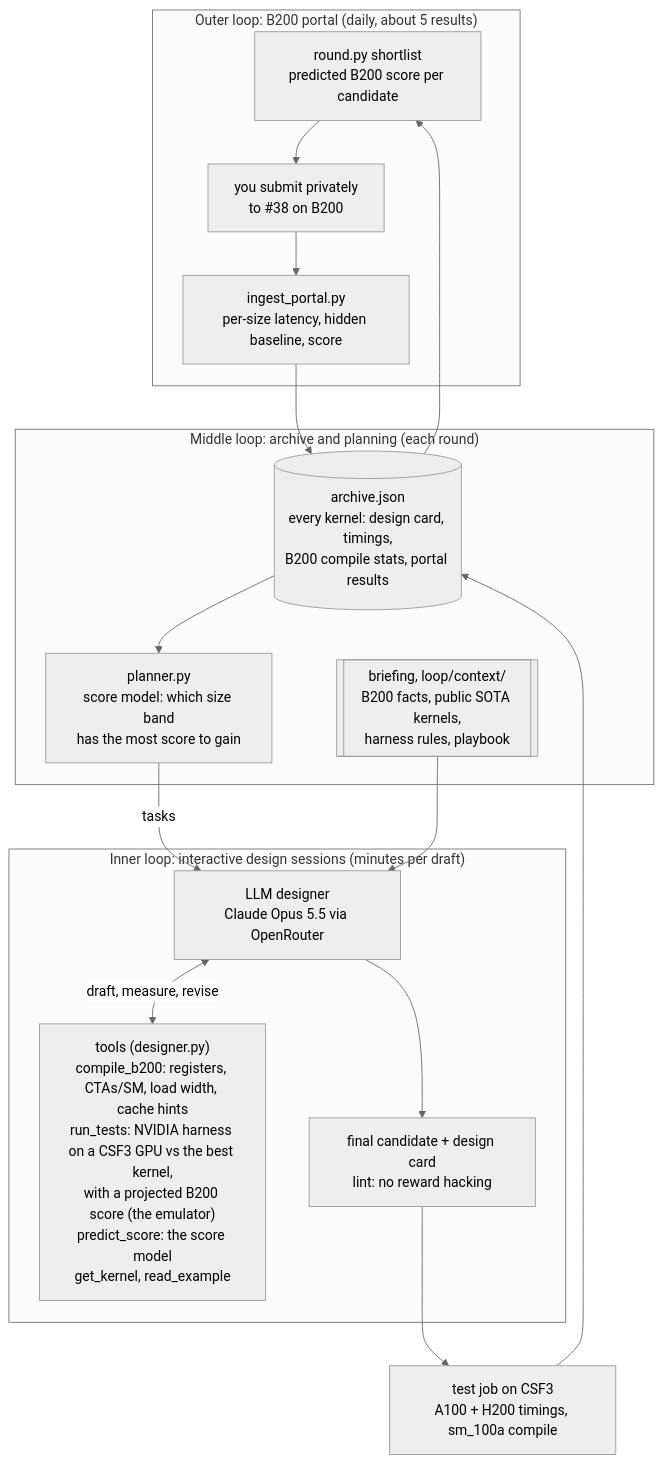
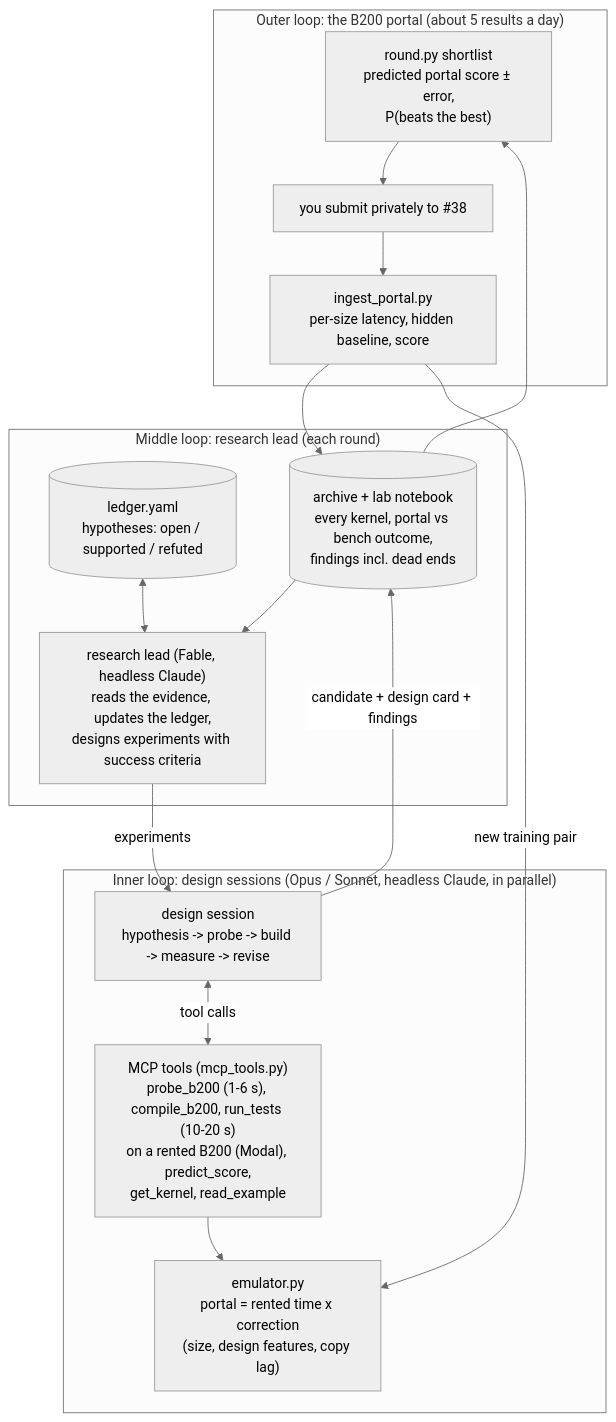
Before and after one commit to Hha21/execbench-test: the second of 2 diagrams in README.md, drawn with Mermaid (neutral theme). The commit also changed other lines of this file, not shown here.

First line of the commit message:
README: research lead, hypothesis ledger, headless Claude sessions, rented B200 and emulator

````diff
--- a/README.md
+++ b/README.md
@@ -39,28 +42,28 @@
 ```mermaid
 flowchart TB
-    subgraph outer["Outer loop: B200 portal (daily, about 5 results)"]
-        SL["round.py shortlist<br/>predicted B200 score per candidate"]
-        SUB["you submit privately<br/>to #38 on B200"]
+    subgraph outer["Outer loop: the B200 portal (about 5 results a day)"]
+        SL["round.py shortlist<br/>predicted portal score ± error,<br/>P(beats the best)"]
+        SUB["you submit privately to #38"]
         ING["ingest_portal.py<br/>per-size latency, hidden baseline, score"]
         SL --> SUB --> ING
     end
-    subgraph middle["Middle loop: archive and planning (each round)"]
-        ARC[("archive.json<br/>every kernel: design card, timings,<br/>B200 compile stats, portal results")]
-        PLAN["planner.py<br/>score model: which size band<br/>has the most score to gain"]
-        CTX[["briefing, loop/context/<br/>B200 facts, public SOTA kernels,<br/>harness rules, playbook"]]
-        ARC --> PLAN
+    subgraph middle["Middle loop: research lead (each round)"]
+        LEAD["research lead (Fable, headless Claude)<br/>reads the evidence, updates the ledger,<br/>designs experiments with success criteria"]
+        LEDGER[("ledger.yaml<br/>hypotheses: open / supported / refuted")]
+        EVID[("archive + lab notebook<br/>every kernel, portal vs bench outcome,<br/>findings incl. dead ends")]
+        EVID --> LEAD
+        LEDGER <--> LEAD
     end
-    subgraph inner["Inner loop: interactive design sessions (minutes per draft)"]
-        LLM["LLM designer<br/>Claude Opus 5.5 via OpenRouter"]
-        TOOLS["tools (designer.py)<br/>compile_b200: registers, CTAs/SM, load width, cache hints<br/>run_tests: NVIDIA harness on a CSF3 GPU vs the best kernel,<br/>with a projected B200 score (the emulator)<br/>predict_score: the score model<br/>get_kernel, read_example"]
-        FIN["final candidate + design card<br/>lint: no reward hacking"]
-        LLM <-->|"draft, measure, revise"| TOOLS
-        LLM --> FIN
+    subgraph inner["Inner loop: design sessions (Opus / Sonnet, headless Claude, in parallel)"]
+        SESS["design session<br/>hypothesis -> probe -> build -> measure -> revise"]
+        TOOLS["MCP tools (mcp_tools.py)<br/>probe_b200 (1-6 s), compile_b200, run_tests (10-20 s)<br/>on a rented B200 (Modal), predict_score,<br/>get_kernel, read_example"]
+        EMU["emulator.py<br/>portal = rented time x correction<br/>(size, design features, copy lag)"]
+        SESS <-->|"tool calls"| TOOLS
+        TOOLS --> EMU
     end
-    TEST["test job on CSF3<br/>A100 + H200 timings, sm_100a compile"]
-    PLAN -->|"tasks"| LLM
-    CTX --> LLM
-    FIN --> TEST --> ARC
-    ARC --> SL
-    ING --> ARC
+    LEAD -->|"experiments"| SESS
+    SESS -->|"candidate + design card + findings"| EVID
+    EVID --> SL
+    ING --> EVID
+    ING -->|"new training pair"| EMU
 ```
````
